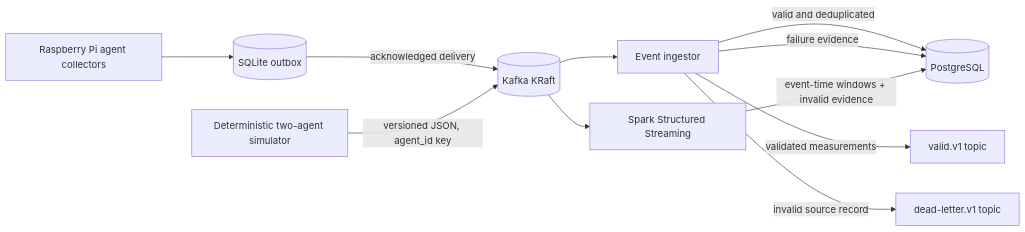
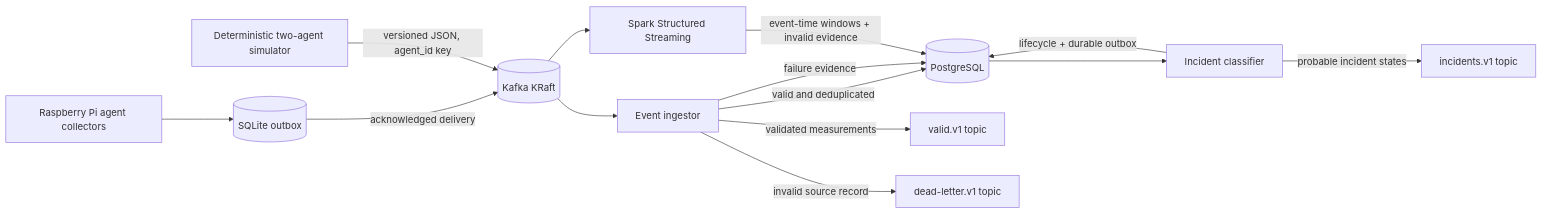
Before and after one commit to Jerry-Padilla/local-network-kafka-monitoring: the diagram in README.md, drawn with Mermaid. The commit also changed other lines of this file and 44 other files, not shown here.

````diff
--- a/README.md
+++ b/README.md
@@ -12,13 +12,16 @@
 ```mermaid
 flowchart LR
     A[Raspberry Pi agent collectors] --> O[(SQLite outbox)]
     O -->|acknowledged delivery| K[(Kafka KRaft)]
     S[Deterministic two-agent simulator] -->|versioned JSON, agent_id key| K[(Kafka KRaft)]
     K --> C[Event ingestor]
     K --> T[Spark Structured Streaming]
+    P --> I[Incident classifier]
     C -->|valid and deduplicated| P[(PostgreSQL)]
     C -->|validated measurements| V[valid.v1 topic]
     C -->|invalid source record| D[dead-letter.v1 topic]
     C -->|failure evidence| P
     T -->|event-time windows + invalid evidence| P
+    I -->|lifecycle + durable outbox| P
+    I -->|probable incident states| N[incidents.v1 topic]
 ```
````
